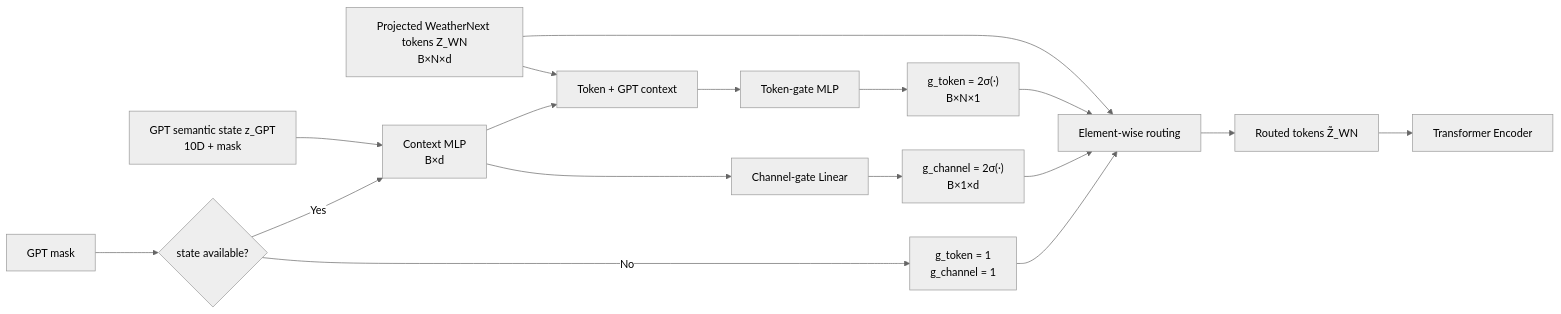
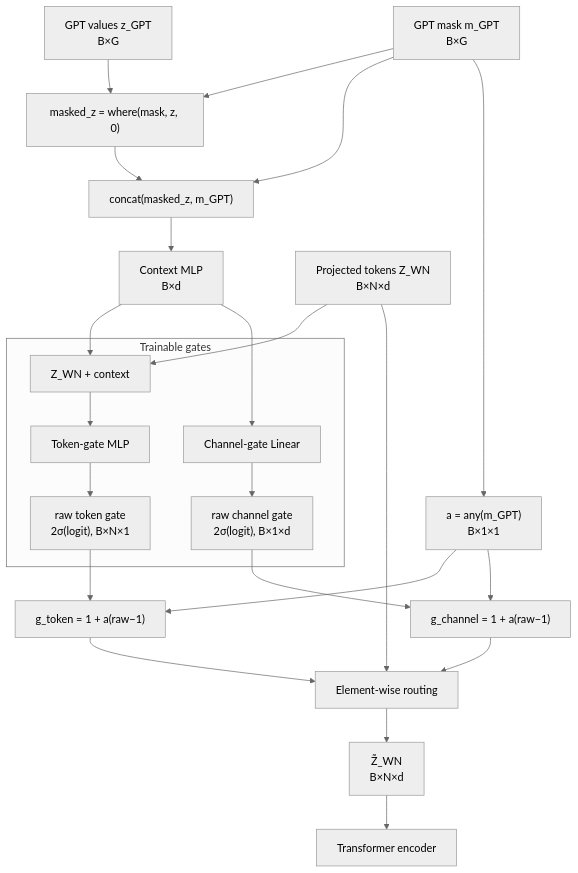
The diagram in struct-picture/06-gpt-forecast-router.md (nayehyeon61-glitch/typnonn_preesure_data_loader), drawn with Mermaid (neutral theme) before and after one commit. The commit also changed other lines of this file and 11 other files, not shown here.

Commit message:
Align GPT router diagrams with implementation

````diff
--- a/struct-picture/06-gpt-forecast-router.md
+++ b/struct-picture/06-gpt-forecast-router.md
@@ -5,26 +3,49 @@
 ```mermaid
-flowchart LR
-    GPT["GPT semantic state z_GPT<br/>10D + mask"]
-    WN["Projected WeatherNext tokens Z_WN<br/>B×N×d"]
+flowchart TB
+    GPTVAL["GPT values z_GPT<br/>B×G"]
+    GPTMASK["GPT mask m_GPT<br/>B×G"]
+    MASKED["masked_z = where(mask, z, 0)"]
+    CONCAT["concat(masked_z, m_GPT)"]
+    CTX["Context MLP<br/>B×d"]
 
-    GPT --> CTX["Context MLP<br/>B×d"]
+    GPTVAL --> MASKED
+    GPTMASK --> MASKED
+    MASKED --> CONCAT
+    GPTMASK --> CONCAT
+    CONCAT --> CTX
 
-    WN --> ADD["Token + GPT context"]
+    ZWN["Projected tokens Z_WN<br/>B×N×d"]
+
+    subgraph GATES["Trainable gates"]
+        ADD["Z_WN + context"]
+        TGNET["Token-gate MLP"]
+        TG["raw token gate<br/>2σ(logit), B×N×1"]
+        CGNET["Channel-gate Linear"]
+        CG["raw channel gate<br/>2σ(logit), B×1×d"]
+    end
+
+    ZWN --> ADD
     CTX --> ADD
-    ADD --> TGNET["Token-gate MLP"]
-    TGNET --> TG["g_token = 2σ(·)<br/>B×N×1"]
+    ADD --> TGNET
+    TGNET --> TG
+    CTX --> CGNET
+    CGNET --> CG
 
-    CTX --> CGNET["Channel-gate Linear"]
-    CGNET --> CG["g_channel = 2σ(·)<br/>B×1×d"]
+    AVAILABLE["a = any(m_GPT)<br/>B×1×1"]
+    FORCE_T["g_token = 1 + a(raw−1)"]
+    FORCE_C["g_channel = 1 + a(raw−1)"]
+    GPTMASK --> AVAILABLE
+    AVAILABLE --> FORCE_T
+    AVAILABLE --> FORCE_C
+    TG --> FORCE_T
+    CG --> FORCE_C
 
-    WN --> MUL["Element-wise routing"]
-    TG --> MUL
-    CG --> MUL
-    MUL --> RWN["Routed tokens Z̃_WN"]
-    RWN --> TF["Transformer Encoder"]
-
-    MASK["GPT mask"] --> AVAIL{"state available?"}
-    AVAIL -->|No| ID["g_token = 1<br/>g_channel = 1"]
-    ID --> MUL
-    AVAIL -->|Yes| CTX
+    MUL["Element-wise routing"]
+    ROUTED["Z̃_WN<br/>B×N×d"]
+    TF["Transformer encoder"]
+    ZWN --> MUL
+    FORCE_T --> MUL
+    FORCE_C --> MUL
+    MUL --> ROUTED
+    ROUTED --> TF
 ```
````
